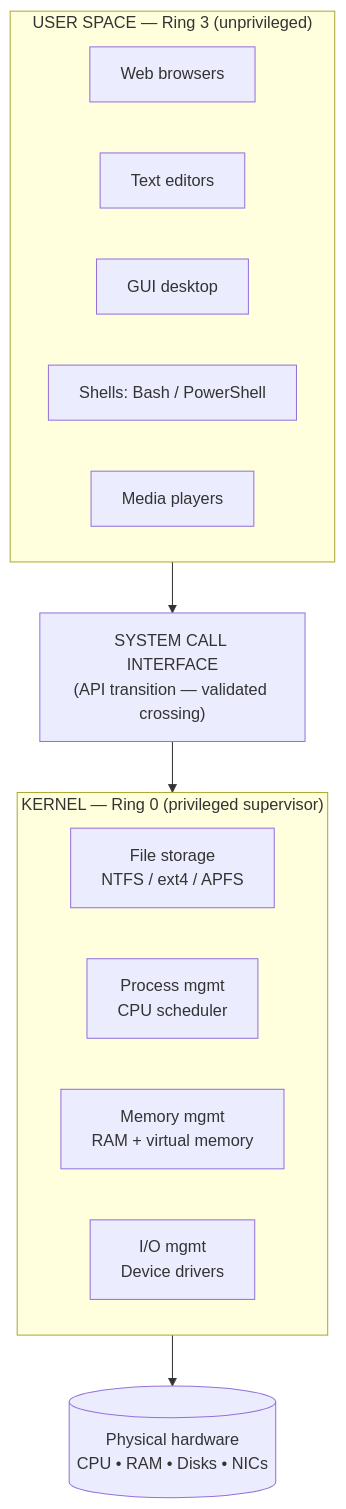
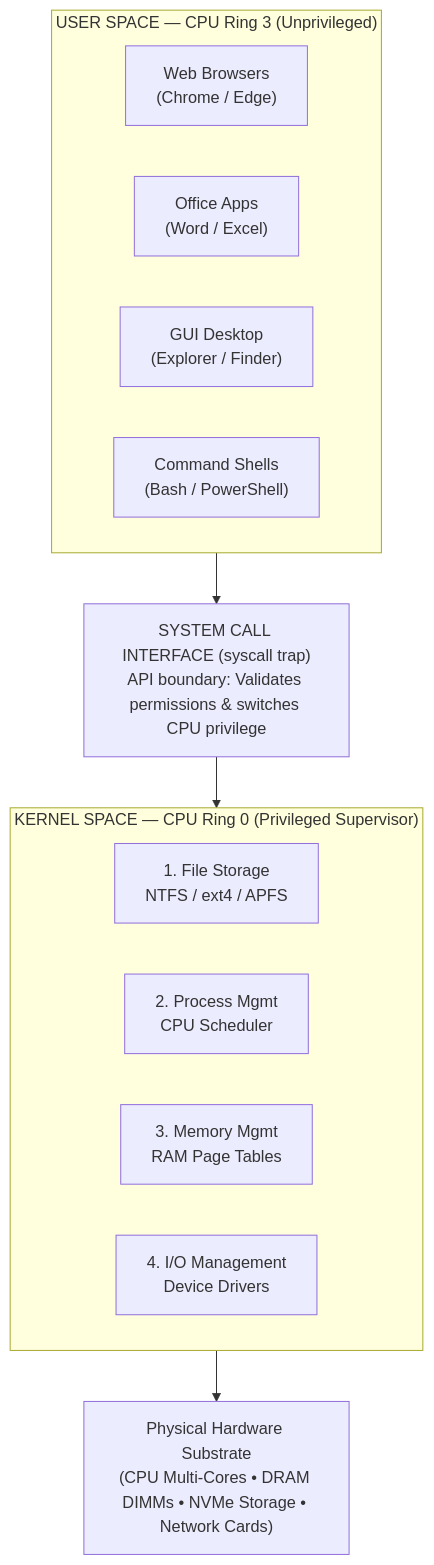
Before and after one commit to 1345AbhishekKumar/cs-cookbook: the second of 3 diagrams in content/docs/computer-basics/it-support/12-os-components-kernel.mdx, drawn with Mermaid. The commit also changed other lines of this file and 299 other files, not shown here.

````diff
--- a/content/docs/computer-basics/it-support/12-os-components-kernel.mdx
+++ b/content/docs/computer-basics/it-support/12-os-components-kernel.mdx
@@ -126,21 +81,26 @@
 ```mermaid
 flowchart TB
-    subgraph USER["USER SPACE — Ring 3 (unprivileged)"]
+    subgraph USER["USER SPACE — CPU Ring 3 (Unprivileged)"]
         direction LR
-        B[Web browsers]
-        T[Text editors]
-        G[GUI desktop]
-        S[Shells: Bash / PowerShell]
-        M[Media players]
+        B["Web Browsers<br/>(Chrome / Edge)"]
+        T["Office Apps<br/>(Word / Excel)"]
+        G["GUI Desktop<br/>(Explorer / Finder)"]
+        S["Command Shells<br/>(Bash / PowerShell)"]
     end
-    SYS["SYSTEM CALL INTERFACE<br/>(API transition — validated crossing)"]
-    subgraph KERN["KERNEL — Ring 0 (privileged supervisor)"]
+
+    SYS["SYSTEM CALL INTERFACE (syscall trap)<br/>API boundary: Validates permissions & switches CPU privilege"]
+
+    subgraph KERN["KERNEL SPACE — CPU Ring 0 (Privileged Supervisor)"]
         direction LR
-        F[File storage<br/>NTFS / ext4 / APFS]
-        P[Process mgmt<br/>CPU scheduler]
-        MM[Memory mgmt<br/>RAM + virtual memory]
-        IO[I/O mgmt<br/>Device drivers]
+        F["1. File Storage<br/>NTFS / ext4 / APFS"]
+        P["2. Process Mgmt<br/>CPU Scheduler"]
+        MM["3. Memory Mgmt<br/>RAM Page Tables"]
+        IO["4. I/O Management<br/>Device Drivers"]
     end
-    HW[(Physical hardware<br/>CPU • RAM • Disks • NICs)]
-    USER --> SYS --> KERN --> HW
+
+    HW["Physical Hardware Substrate<br/>(CPU Multi-Cores • DRAM DIMMs • NVMe Storage • Network Cards)"]
+
+    USER --> SYS
+    SYS --> KERN
+    KERN --> HW
 ```
````
